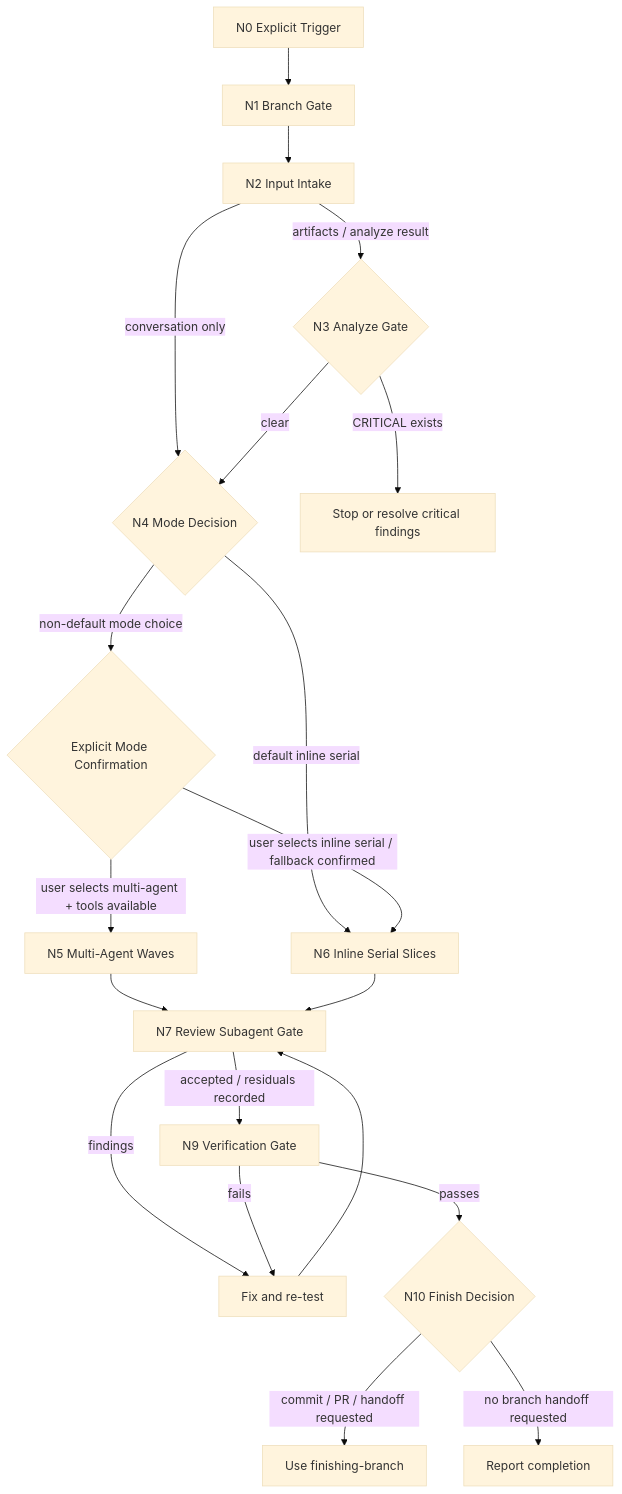
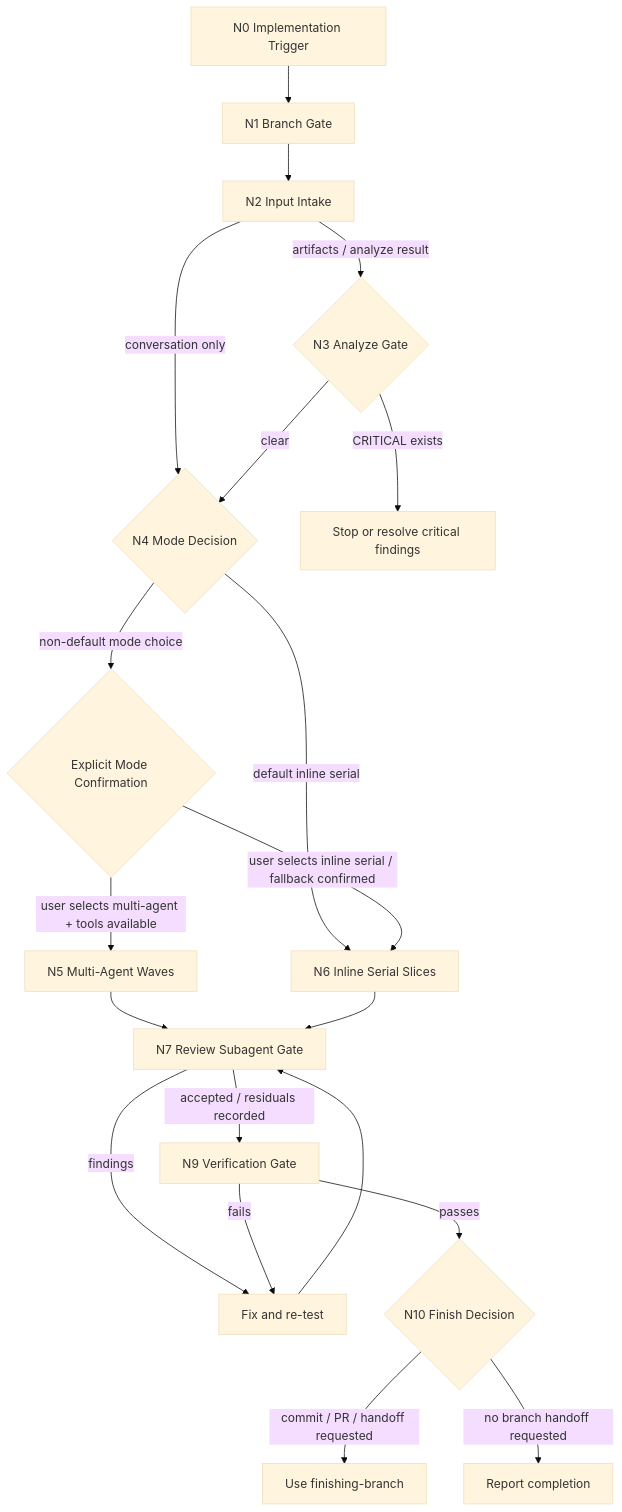
The diagram in implement/SKILL.md (fjxyyzg3/Skills), drawn with Mermaid (base theme) before and after one commit. The commit also changed other lines of this file and 29 other files, not shown here.

````diff
--- a/implement/SKILL.md
+++ b/implement/SKILL.md
@@ -22,22 +22,22 @@
 ```mermaid
 flowchart TD
-  N0["N0 Explicit Trigger"] --> N1["N1 Branch Gate"]
+  N0["N0 Implementation Trigger"] --> N1["N1 Branch Gate"]
   N1 --> N2["N2 Input Intake"]
   N2 -- "artifacts / analyze result" --> N3{"N3 Analyze Gate"}
   N2 -- "conversation only" --> N4{"N4 Mode Decision"}
   N3 -- "CRITICAL exists" --> H1["Stop or resolve critical findings"]
   N3 -- "clear" --> N4{"N4 Mode Decision"}
   N4 -- "default inline serial" --> N6["N6 Inline Serial Slices"]
   N4 -- "non-default mode choice" --> C1{"Explicit Mode Confirmation"}
   C1 -- "user selects multi-agent + tools available" --> N5["N5 Multi-Agent Waves"]
   C1 -- "user selects inline serial / fallback confirmed" --> N6
   N5 --> N7["N7 Review Subagent Gate"]
   N6 --> N7
   N7 -- "findings" --> N8["Fix and re-test"]
   N8 --> N7
   N7 -- "accepted / residuals recorded" --> N9["N9 Verification Gate"]
   N9 -- "fails" --> N8
   N9 -- "passes" --> N10{"N10 Finish Decision"}
   N10 -- "commit / PR / handoff requested" --> N11["Use finishing-branch"]
   N10 -- "no branch handoff requested" --> N12["Report completion"]
 ```
````
